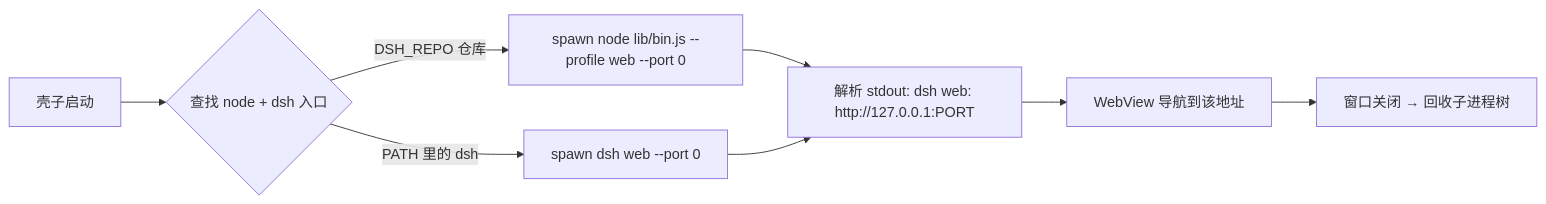
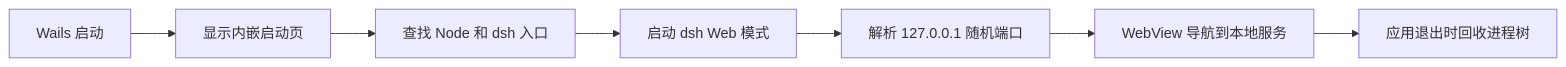
Before and after one commit to lunarroute26/deepseek-harness-shell: the diagram in README.md, drawn with Mermaid. The commit also changed other lines of this file, not shown here.

````diff
--- a/README.md
+++ b/README.md
@@ -13,10 +44,9 @@
 ```mermaid
 flowchart LR
-    A[壳子启动] --> B{查找 node + dsh 入口}
-    B -->|DSH_REPO 仓库| C[spawn node lib/bin.js --profile web --port 0]
-    B -->|PATH 里的 dsh| D[spawn dsh web --port 0]
-    C --> E[解析 stdout: dsh web: http://127.0.0.1:PORT]
-    D --> E
-    E --> F[WebView 导航到该地址]
-    F --> G[窗口关闭 → 回收子进程树]
+    A[Wails 启动] --> B[显示内嵌启动页]
+    B --> C[查找 Node 和 dsh 入口]
+    C --> D[启动 dsh Web 模式]
+    D --> E[解析 127.0.0.1 随机端口]
+    E --> F[WebView 导航到本地服务]
+    F --> G[应用退出时回收进程树]
 ```
````
